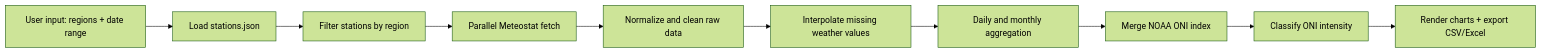
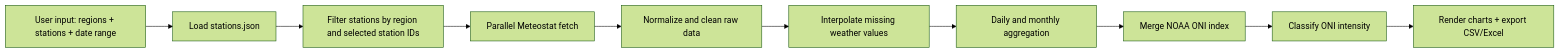
Before and after one commit to FirstGameGG/meteorological-fetcher: the diagram in README.md, drawn with Mermaid (forest theme). The commit also changed other lines of this file and 2 other files, not shown here.

Commit message:
feat: add station-level selection, filtering, and visualization

````diff
--- a/README.md
+++ b/README.md
@@ -48,12 +48,12 @@
 ```mermaid
 flowchart LR
-    A[User input: regions + date range] --> B[Load stations.json]
-    B --> C[Filter stations by region]
+    A[User input: regions + stations + date range] --> B[Load stations.json]
+    B --> C[Filter stations by region and selected station IDs]
     C --> D[Parallel Meteostat fetch]
     D --> E[Normalize and clean raw data]
     E --> F[Interpolate missing weather values]
     F --> G[Daily and monthly aggregation]
     G --> H[Merge NOAA ONI index]
     H --> I[Classify ONI intensity]
     I --> J[Render charts + export CSV/Excel]
 ```
````
